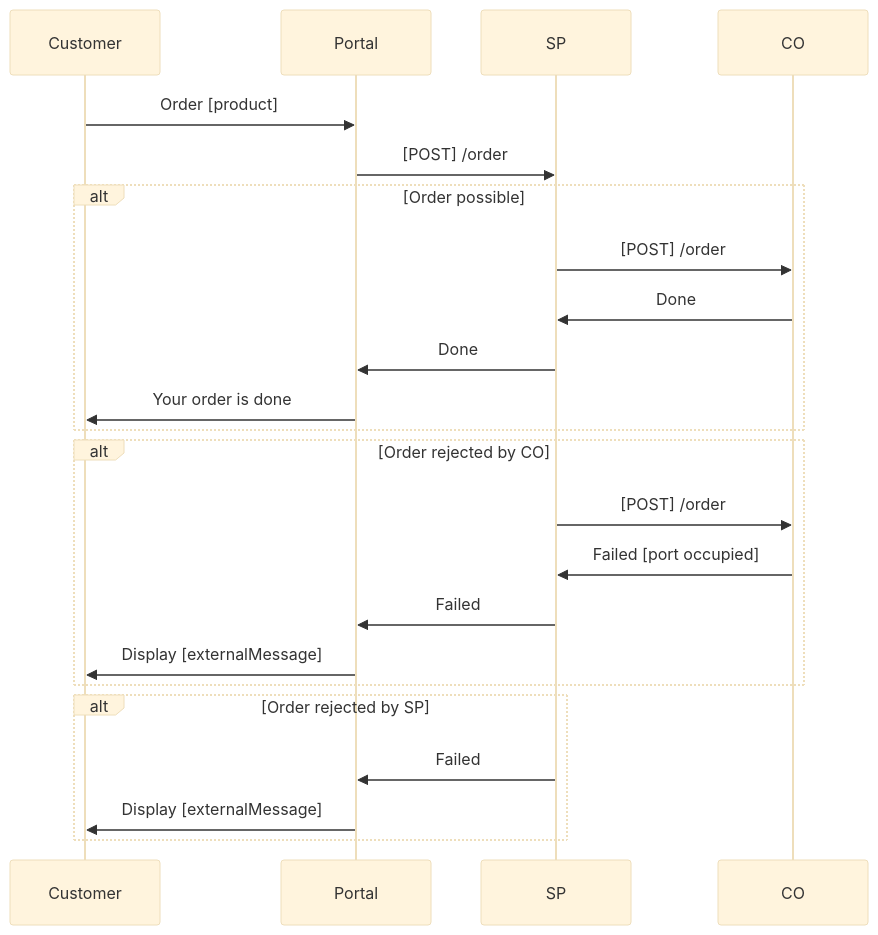
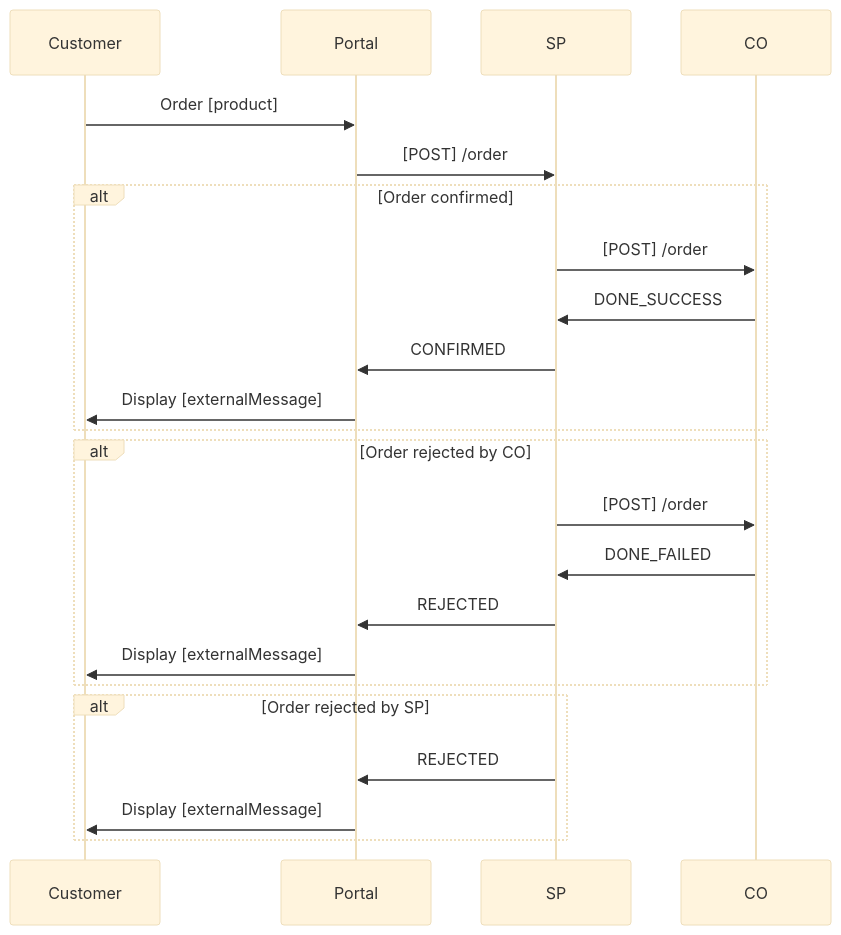
The diagram in 2.5.0/spec_sp/order.md (on-api/on-api), drawn with Mermaid (base theme) before and after one commit. The commit also changed other lines of this file and 8 other files, not shown here.

````diff
--- a/2.5.0/spec_sp/order.md
+++ b/2.5.0/spec_sp/order.md
@@ -14,21 +13,21 @@
 ```mermaid
 sequenceDiagram
 Customer->>Portal: Order [product]
 Portal->>SP: [POST] /order
-alt Order possible
+alt Order confirmed
 SP->>CO: [POST] /order
-CO->>SP: Done
-SP->>Portal: Done
-Portal->>Customer: Your order is done
+CO->>SP: DONE_SUCCESS
+SP->>Portal: CONFIRMED
+Portal->>Customer: Display [externalMessage]
 end
 alt Order rejected by CO
 SP->>CO: [POST] /order
-CO->>SP: Failed [port occupied]
-SP->>Portal: Failed
+CO->>SP: DONE_FAILED
+SP->>Portal: REJECTED
 Portal->>Customer: Display [externalMessage]
 end
 alt Order rejected by SP
-SP->>Portal: Failed
+SP->>Portal: REJECTED
 Portal->>Customer: Display [externalMessage]
 end
 ```
````
